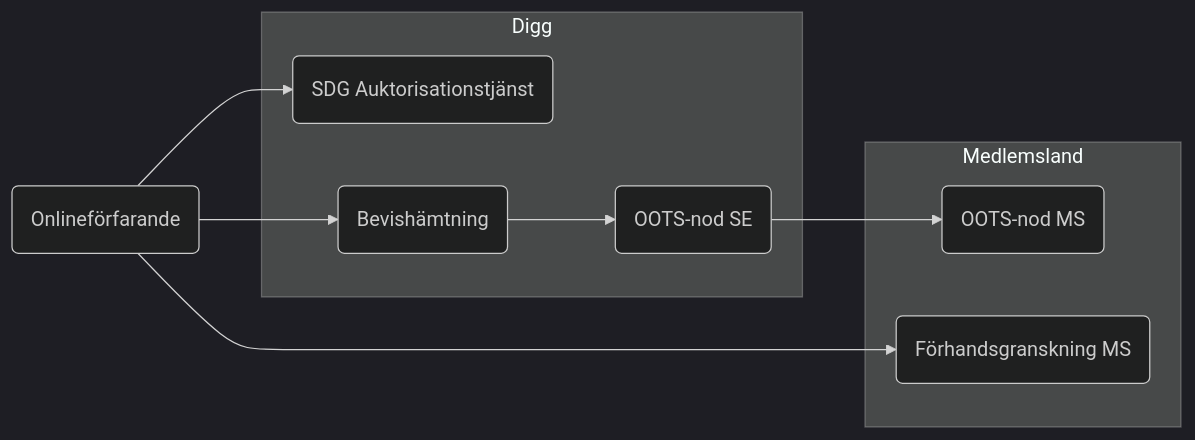
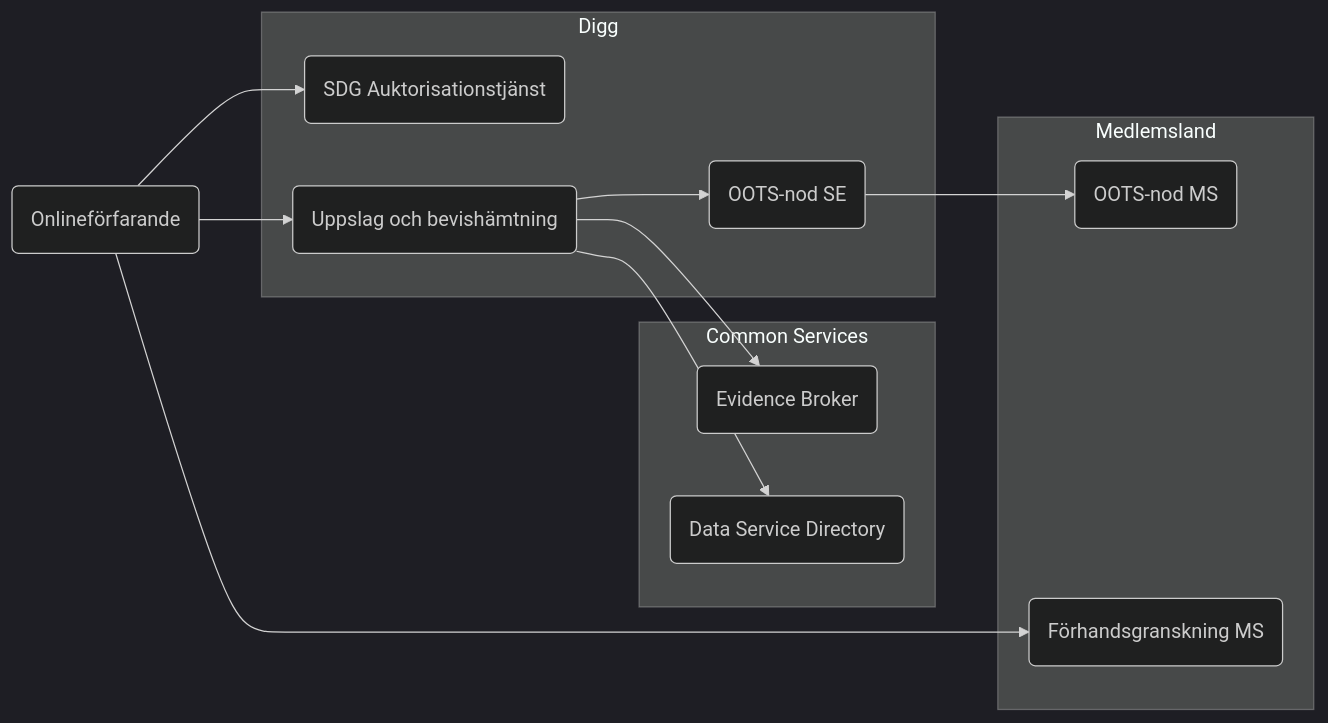
One commit to diggsweden/sdg-intermediation-eu changed the first of 3 diagrams in README.md. Above: the diagram before and after it, drawn with Mermaid (dark theme). The commit also changed other lines of this file and 5 other files, not shown here.

````diff
--- a/README.md
+++ b/README.md
@@ -8,18 +8,24 @@
 ```mermaid
 flowchart LR
+    subgraph Common Services
+        EB(Evidence Broker)
+        DSD(Data Service Directory)
+    end
     subgraph Medlemsland
         OMS(OOTS-nod MS)
         FG(Förhandsgranskning MS)
     end
     subgraph Digg
         AT(SDG Auktorisationstjänst)
         OSE(OOTS-nod SE)
-        BH(Bevishämtning)
+        BH(Uppslag och bevishämtning)
     end
+            BH-->EB
+            BH-->DSD
             OLF(Onlineförfarande)-->AT
             OLF-->BH
             BH-->OSE
             OSE-->OMS
             OLF-->FG
     
 ```
````
